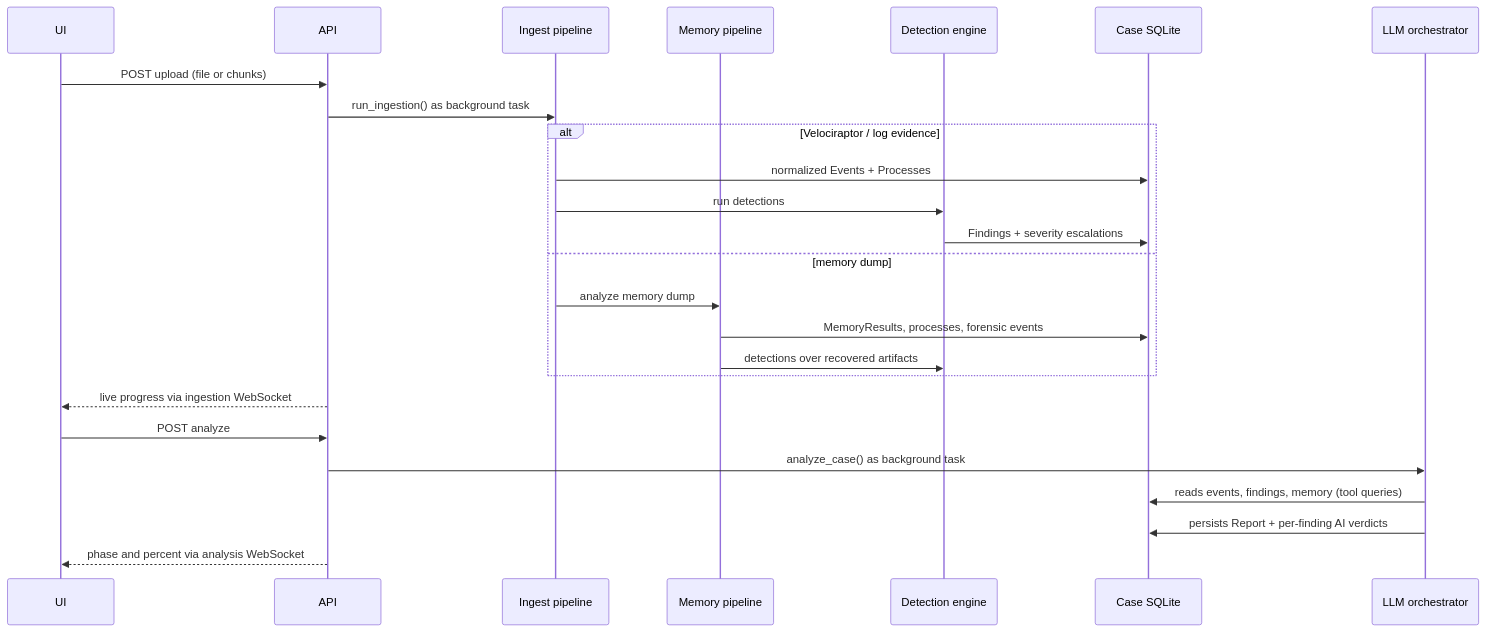
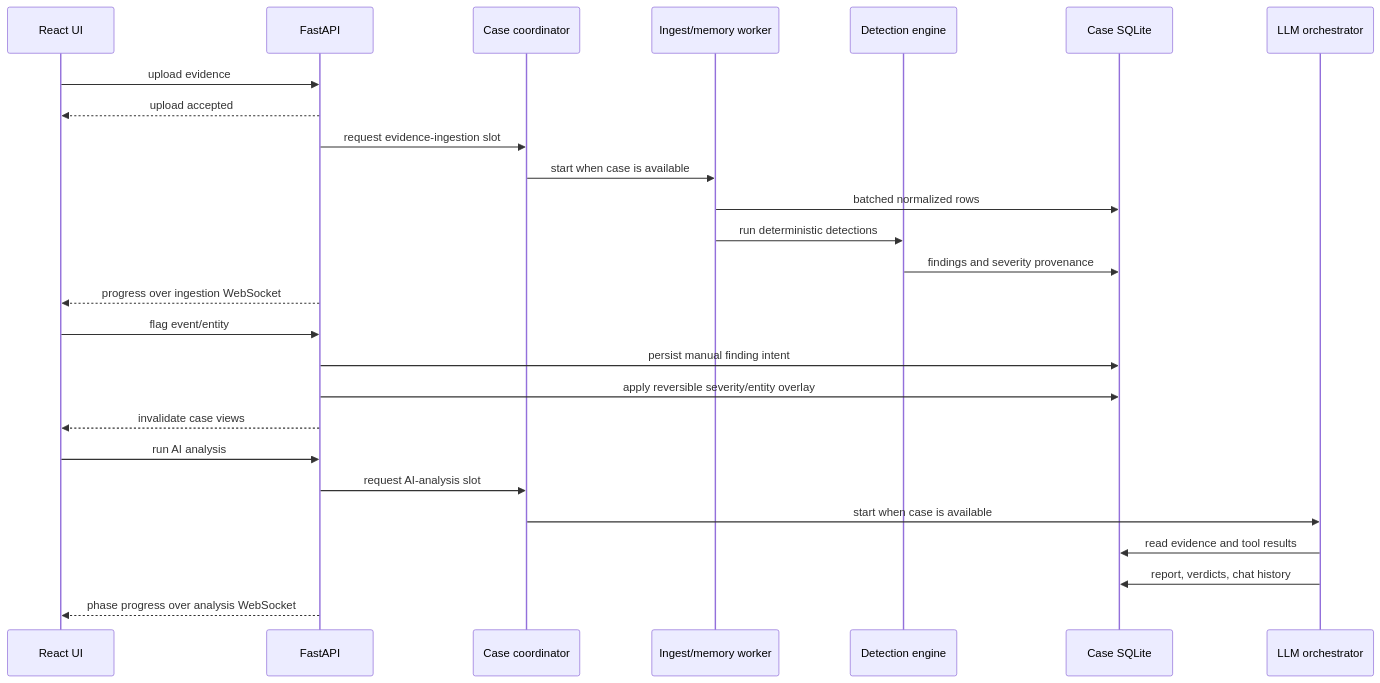
Before and after one commit to Telepatya/Investigator: the second of 2 diagrams in docs/ARCHITECTURE.md, drawn with Mermaid. The commit also changed other lines of this file and 24 other files, not shown here.

````diff
--- a/docs/ARCHITECTURE.md
+++ b/docs/ARCHITECTURE.md
@@ -105,29 +159,31 @@
 ```mermaid
 sequenceDiagram
-    participant U as UI
-    participant A as API
-    participant I as Ingest pipeline
-    participant M as Memory pipeline
-    participant D as Detection engine
+    participant UI as React UI
+    participant API as FastAPI
+    participant CO as Case coordinator
+    participant PIPE as Ingest/memory worker
+    participant DET as Detection engine
     participant DB as Case SQLite
-    participant O as LLM orchestrator
+    participant AI as LLM orchestrator
 
-    U->>A: POST upload (file or chunks)
-    A->>I: run_ingestion() as background task
-    alt Velociraptor / log evidence
-        I->>DB: normalized Events + Processes
-        I->>D: run detections
-        D->>DB: Findings + severity escalations
-    else memory dump
-        I->>M: analyze memory dump
-        M->>DB: MemoryResults, processes, forensic events
-        M->>D: detections over recovered artifacts
-    end
-    A-->>U: live progress via ingestion WebSocket
+    UI->>API: upload evidence
+    API-->>UI: upload accepted
+    API->>CO: request evidence-ingestion slot
+    CO->>PIPE: start when case is available
+    PIPE->>DB: batched normalized rows
+    PIPE->>DET: run deterministic detections
+    DET->>DB: findings and severity provenance
+    API-->>UI: progress over ingestion WebSocket
 
-    U->>A: POST analyze
-    A->>O: analyze_case() as background task
-    O->>DB: reads events, findings, memory (tool queries)
-    O->>DB: persists Report + per-finding AI verdicts
-    A-->>U: phase and percent via analysis WebSocket
+    UI->>API: flag event/entity
+    API->>DB: persist manual finding intent
+    API->>DB: apply reversible severity/entity overlay
+    API-->>UI: invalidate case views
+
+    UI->>API: run AI analysis
+    API->>CO: request AI-analysis slot
+    CO->>AI: start when case is available
+    AI->>DB: read evidence and tool results
+    AI->>DB: report, verdicts, chat history
+    API-->>UI: phase progress over analysis WebSocket
 ```
````
